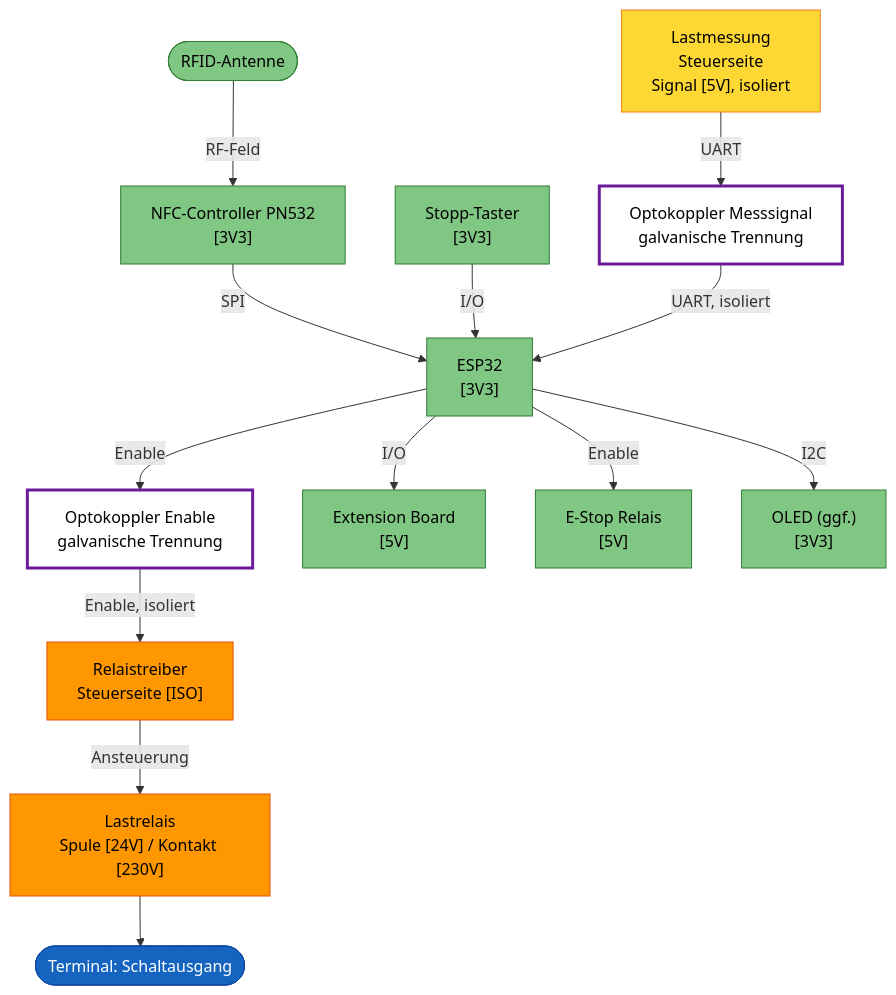
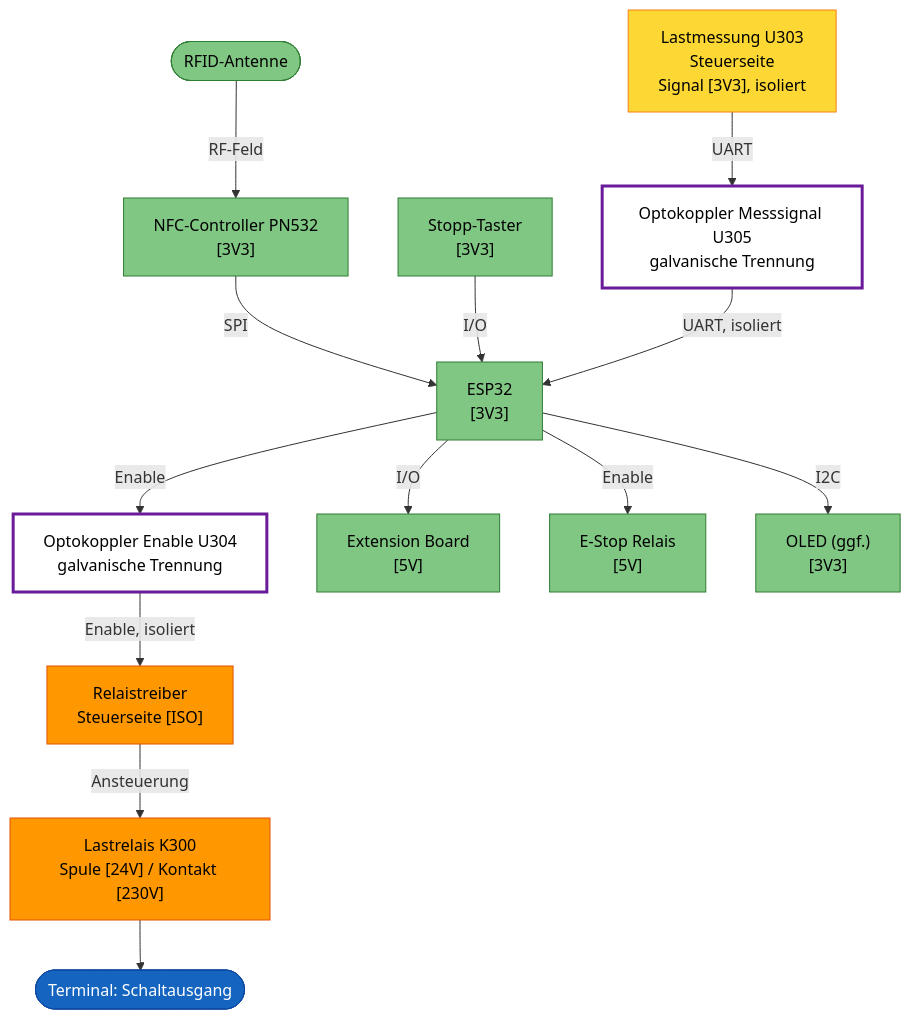
The third of 3 diagrams in hardware/projects/RFID_BOX/README.md (FREILab/easyVerwaltungHardware), drawn with Mermaid before and after one commit. The commit also changed other lines of this file and 23 other files, not shown here.

````diff
--- a/hardware/projects/RFID_BOX/README.md
+++ b/hardware/projects/RFID_BOX/README.md
@@ -284,46 +289,46 @@
 ```mermaid
 flowchart TB
     Antenne([RFID-Antenne])
     NFC["NFC-Controller PN532<br/>[3V3]"]
     ESP["ESP32<br/>[3V3]"]
     STOP["Stopp-Taster<br/>[3V3]"]
-    OPTO_EN["Optokoppler Enable<br/>galvanische Trennung"]
+    OPTO_EN["Optokoppler Enable U304<br/>galvanische Trennung"]
     TREIBER["Relaistreiber<br/>Steuerseite [ISO]"]
-    REL["Lastrelais<br/>Spule [24V] / Kontakt [230V]"]
+    REL["Lastrelais K300<br/>Spule [24V] / Kontakt [230V]"]
     OUT([Terminal: Schaltausgang])
 
-    MESS["Lastmessung<br/>Steuerseite<br/>Signal [5V], isoliert"]
-    OPTO_FB["Optokoppler Messsignal<br/>galvanische Trennung"]
+    MESS["Lastmessung U303<br/>Steuerseite<br/>Signal [3V3], isoliert"]
+    OPTO_FB["Optokoppler Messsignal U305<br/>galvanische Trennung"]
 
     EXT["Extension Board<br/>[5V]"]
     ESTOP["E-Stop Relais<br/>[5V]"]
     OLED["OLED (ggf.)<br/>[3V3]"]
 
     Antenne -->|RF-Feld| NFC
     NFC -->|SPI| ESP
     ESP -->|Enable| OPTO_EN
     OPTO_EN -->|Enable, isoliert| TREIBER
     TREIBER -->|Ansteuerung| REL
     REL --> OUT
 
     STOP -->|I/O| ESP
 
     MESS -->|UART| OPTO_FB
     OPTO_FB -->|UART, isoliert| ESP
 
     ESP -->|I/O| EXT
     ESP -->|Enable| ESTOP
     ESP -->|I2C| OLED
 
     classDef term230 fill:#1565c0,color:#fff,stroke:#0d47a1
     classDef part230 fill:#ff9800,color:#000,stroke:#e65100
     classDef partSELV fill:#81c784,color:#000,stroke:#2e7d32
     classDef iso fill:#fff,color:#000,stroke:#6a1b9a,stroke-width:3px
     classDef touch230 fill:#fdd835,color:#000,stroke:#f57f17
 
     class OUT term230
     class REL,TREIBER part230
     class Antenne,NFC,ESP,STOP,EXT,ESTOP,OLED partSELV
     class MESS touch230
     class OPTO_EN,OPTO_FB iso
 ```
````
